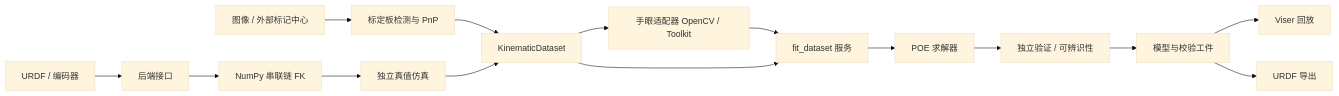
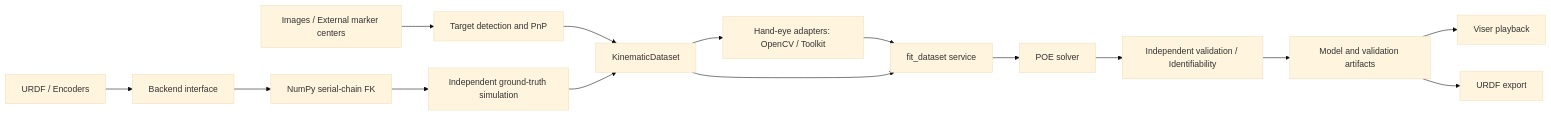
Before and after one commit to chase6305/KinematicCalibration: the diagram in README.md, drawn with Mermaid (base theme). The commit also changed other lines of this file and 1 other file, not shown here.

````diff
--- a/README.md
+++ b/README.md
@@ -39,17 +46,17 @@
 ```mermaid
 flowchart LR
-    U[URDF / 编码器] --> B[后端接口]
-    B --> N[NumPy 串联链 FK]
-    C[图像 / 外部标记中心] --> D[标定板检测与 PnP]
+    U[URDF / Encoders] --> B[Backend interface]
+    B --> N[NumPy serial-chain FK]
+    C[Images / External marker centers] --> D[Target detection and PnP]
     D --> DS[KinematicDataset]
-    N --> S[独立真值仿真]
+    N --> S[Independent ground-truth simulation]
     S --> DS
-    DS --> H[手眼适配器 OpenCV / Toolkit]
-    H --> F[fit_dataset 服务]
+    DS --> H[Hand-eye adapters: OpenCV / Toolkit]
+    H --> F[fit_dataset service]
     DS --> F
-    F --> K[POE 求解器]
-    K --> V[独立验证 / 可辨识性]
-    V --> A[模型与校验工件]
-    A --> UI[Viser 回放]
-    A --> E[URDF 导出]
+    F --> K[POE solver]
+    K --> V[Independent validation / Identifiability]
+    V --> A[Model and validation artifacts]
+    A --> UI[Viser playback]
+    A --> E[URDF export]
 ```
````
